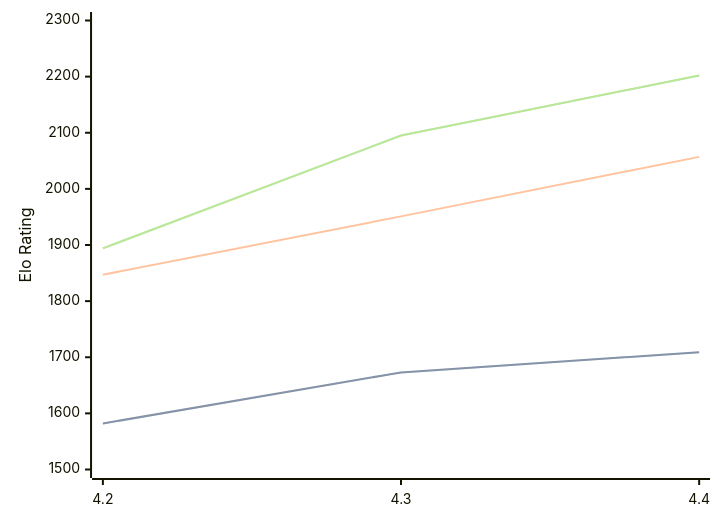
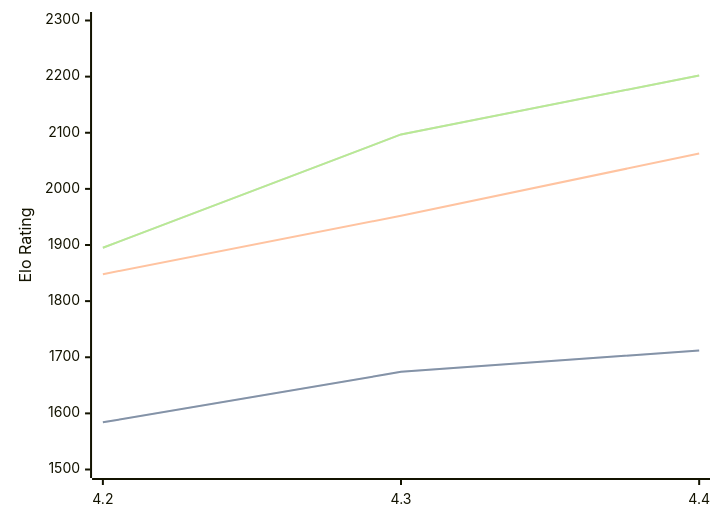
One commit to computer-chess-index/cci changed the diagram in engines/Radiance.md. Above: the diagram before and after it, drawn with Mermaid. The commit also changed other lines of this file, not shown here.

Commit message:
Update CCI Ratings (ELO VLTC) - 2026-08-26

````diff
--- a/engines/Radiance.md
+++ b/engines/Radiance.md
@@ -33,11 +33,11 @@
 ```mermaid
 %%{init: {"theme":"base","themeVariables":{"seriesColors:['#a3a3a3','#222221','#faa371']}}}%%
 xychart-beta
   x-axis ["4.2", "4.3", "4.4"]
   y-axis "Elo Rating" 1500 --> 2300
-  line "STC (8.0+0.08s)" [1582, 1673, 1709]
-  line "STC (8.0+0.08s)" [1582, 1673, 1709]
-  line "LTC (60.0+0.60s)" [1847, 1951, 2057]
-  line "VLTC (2m24s+1.12s)" [1894, 2095, 2202]
-  line "VLTC (2m24s+1.12s)" [1894, 2095, 2202]
+  line "STC (8.0+0.08s)" [1584, 1674, 1712]
+  line "STC (8.0+0.08s)" [1584, 1674, 1712]
+  line "LTC (60.0+0.60s)" [1848, 1952, 2063]
+  line "VLTC (2m24s+1.12s)" [1895, 2097, 2202]
+  line "VLTC (2m24s+1.12s)" [1895, 2097, 2202]
 ```
````
